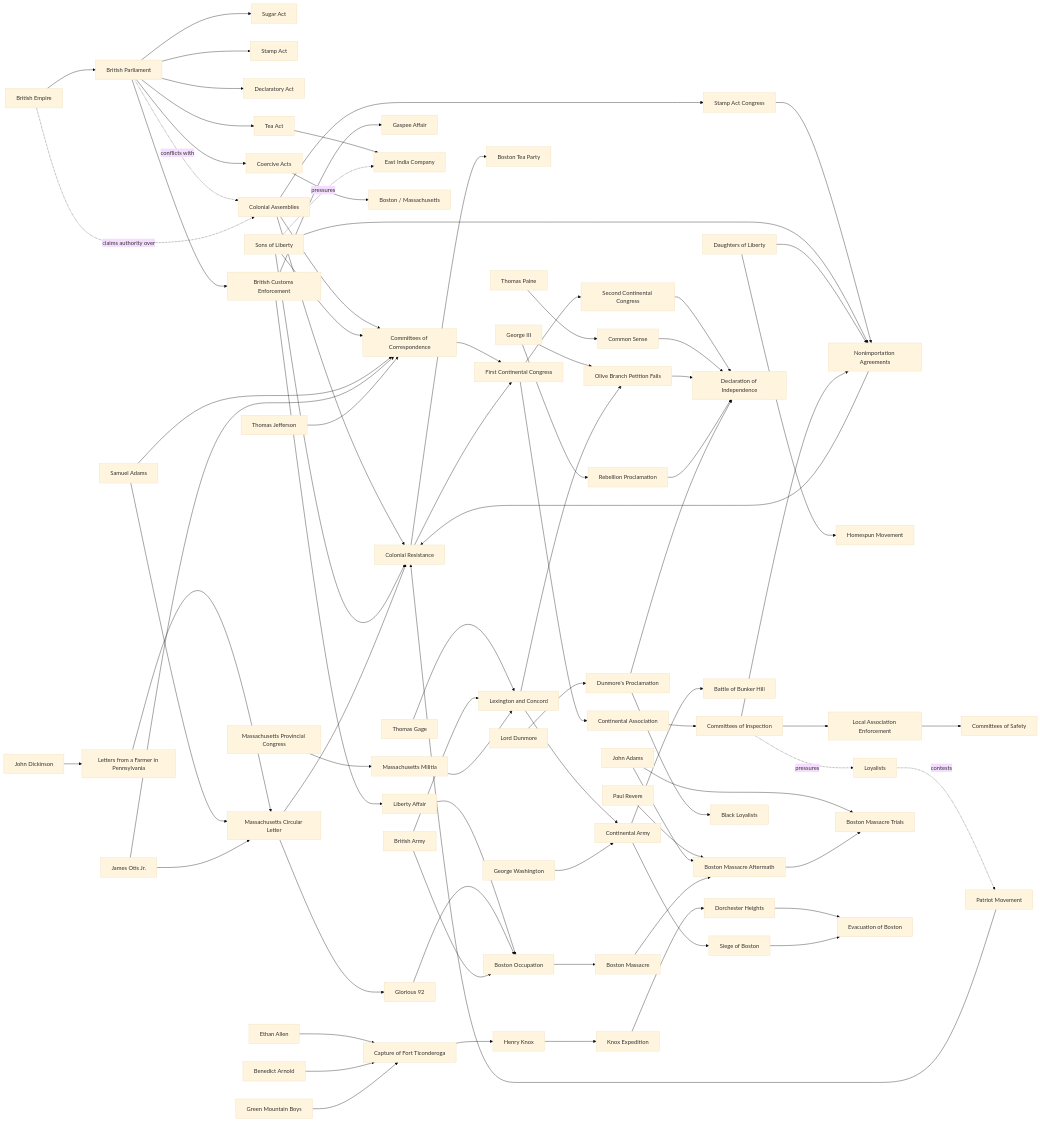
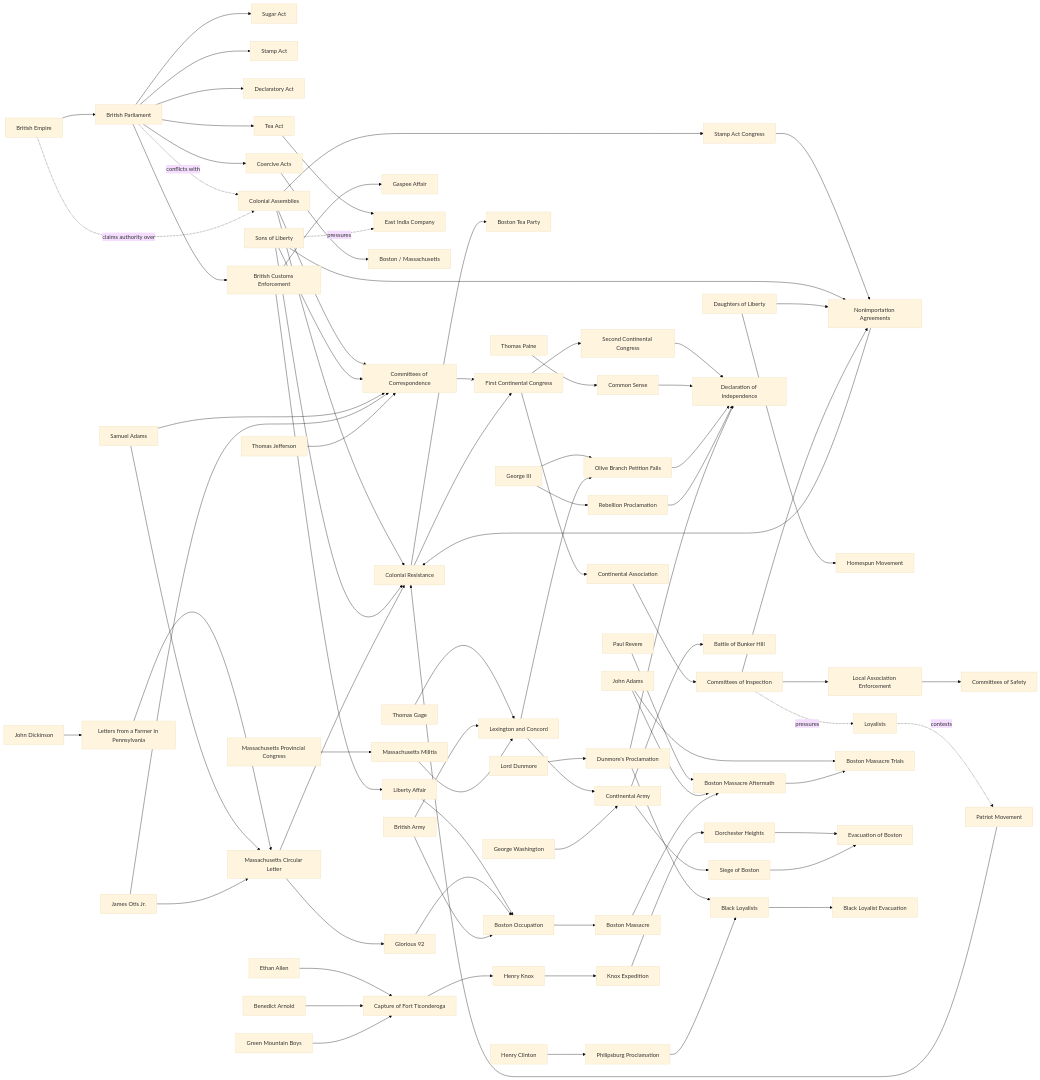
Before and after one commit to mattblethen/Causal-Atlas: the diagram in 09_Maps_Models/Actor_Maps/American Revolution Actor Map.md, drawn with Mermaid (base theme). The commit also changed other lines of this file and 28 other files, not shown here.

Commit message:
Expand Black Loyalist source packet

```diff
--- a/09_Maps_Models/Actor_Maps/American Revolution Actor Map.md
+++ b/09_Maps_Models/Actor_Maps/American Revolution Actor Map.md
@@ -107,6 +109,9 @@
     LOY["Loyalists"] -. contests .-> PM
     LD["Lord Dunmore"] --> DUN["Dunmore's Proclamation"]
     DUN --> BL["Black Loyalists"]
+    HC["Henry Clinton"] --> PHI["Philipsburg Proclamation"]
+    PHI --> BL
+    BL --> BLE["Black Loyalist Evacuation"]
     DUN --> DOI
 
     BP -. conflicts with .-> CAS
```
